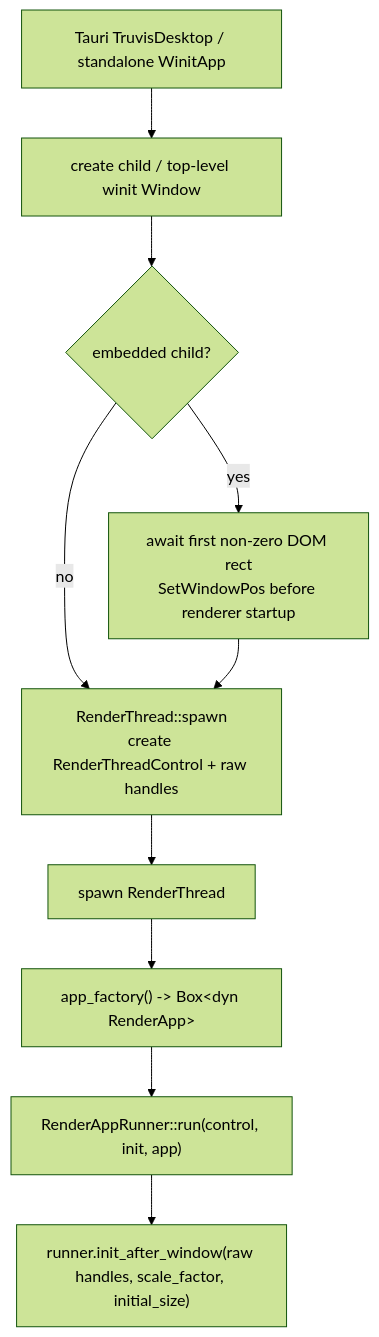
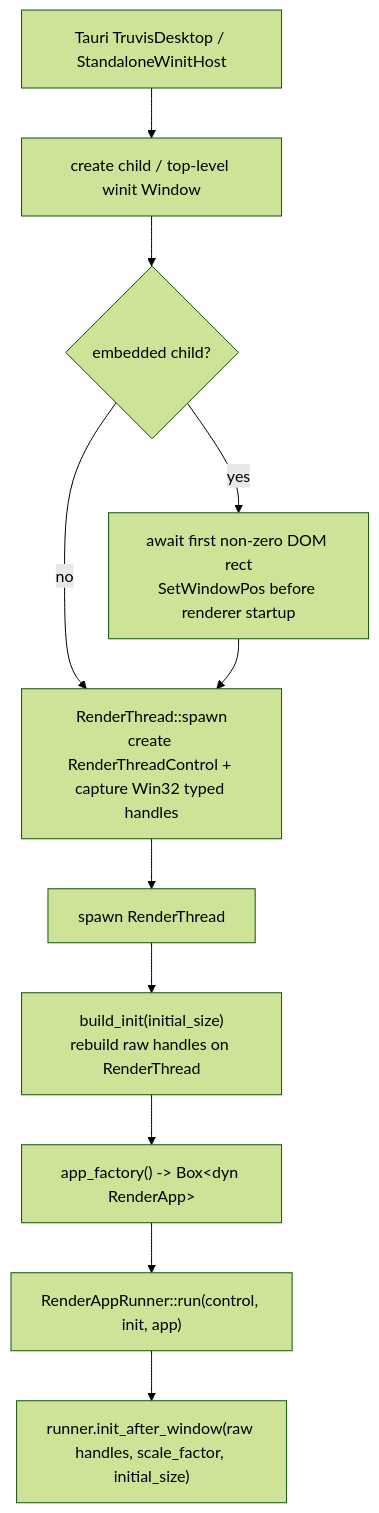
One commit to acccoco/TruvisRenderer changed the second of 5 diagrams in docs/summaries/frame-lifecycle.md. Above: the diagram before and after it, drawn with Mermaid (forest theme). The commit also changed other lines of this file and 35 other files, not shown here.

Commit message:
[update/refactor] 拆分 platform 层与 RenderThread 宿主

````diff
--- a/docs/summaries/frame-lifecycle.md
+++ b/docs/summaries/frame-lifecycle.md
@@ -50,12 +51,13 @@
 ```mermaid
 flowchart TD
-    Entry["Tauri TruvisDesktop / standalone WinitApp"] --> CreateWindow["create child / top-level winit Window"]
+    Entry["Tauri TruvisDesktop / StandaloneWinitHost"] --> CreateWindow["create child / top-level winit Window"]
     CreateWindow --> InitialSize{"embedded child?"}
     InitialSize -->|"yes"| AwaitDom["await first non-zero DOM rect<br/>SetWindowPos before renderer startup"]
-    InitialSize -->|"no"| ThreadOwner["RenderThread::spawn<br/>create RenderThreadControl + raw handles"]
+    InitialSize -->|"no"| ThreadOwner["RenderThread::spawn<br/>create RenderThreadControl + capture Win32 typed handles"]
     AwaitDom --> ThreadOwner
     ThreadOwner --> SpawnThread["spawn RenderThread"]
-    SpawnThread --> AppFactory["app_factory() -> Box&lt;dyn RenderApp&gt;"]
+    SpawnThread --> BuildInit["build_init(initial_size)<br/>rebuild raw handles on RenderThread"]
+    BuildInit --> AppFactory["app_factory() -> Box&lt;dyn RenderApp&gt;"]
     AppFactory --> Runner["RenderAppRunner::run(control, init, app)"]
     Runner --> InitAfterWindow["runner.init_after_window(raw handles, scale_factor, initial_size)"]
 ```
````
